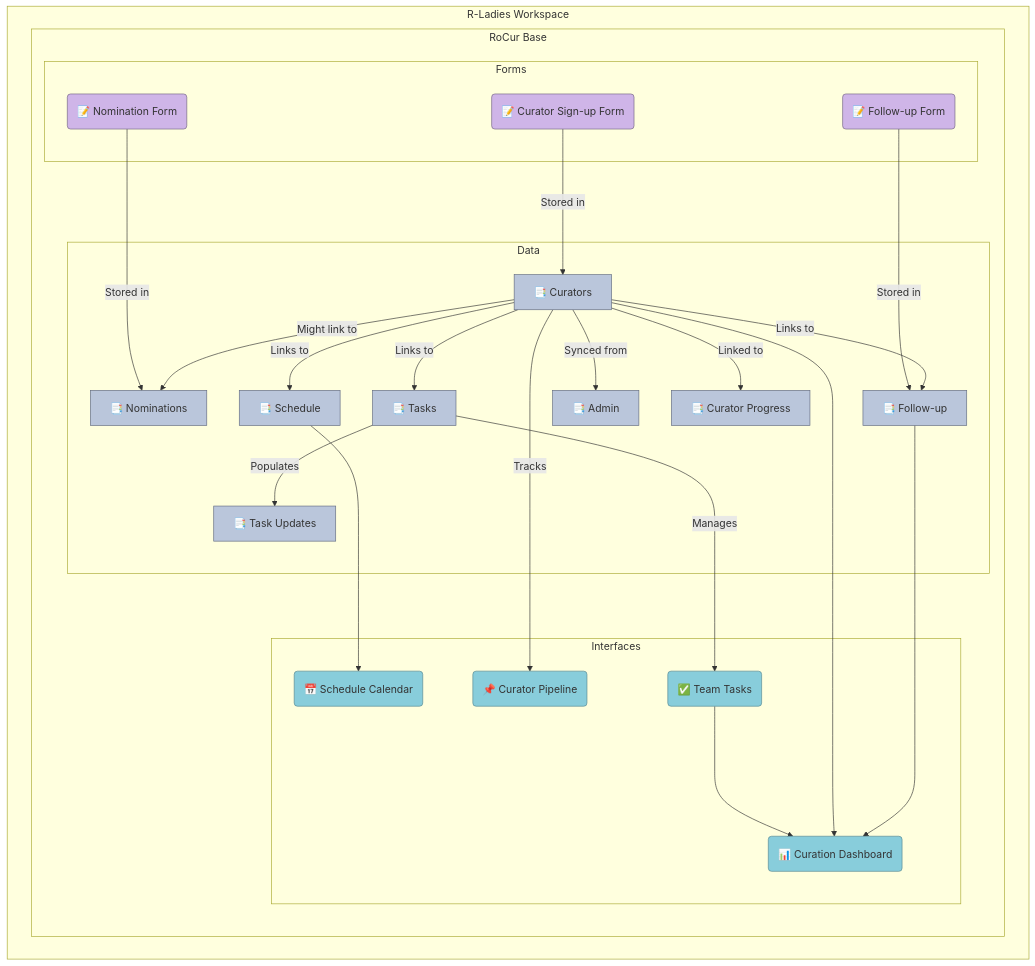
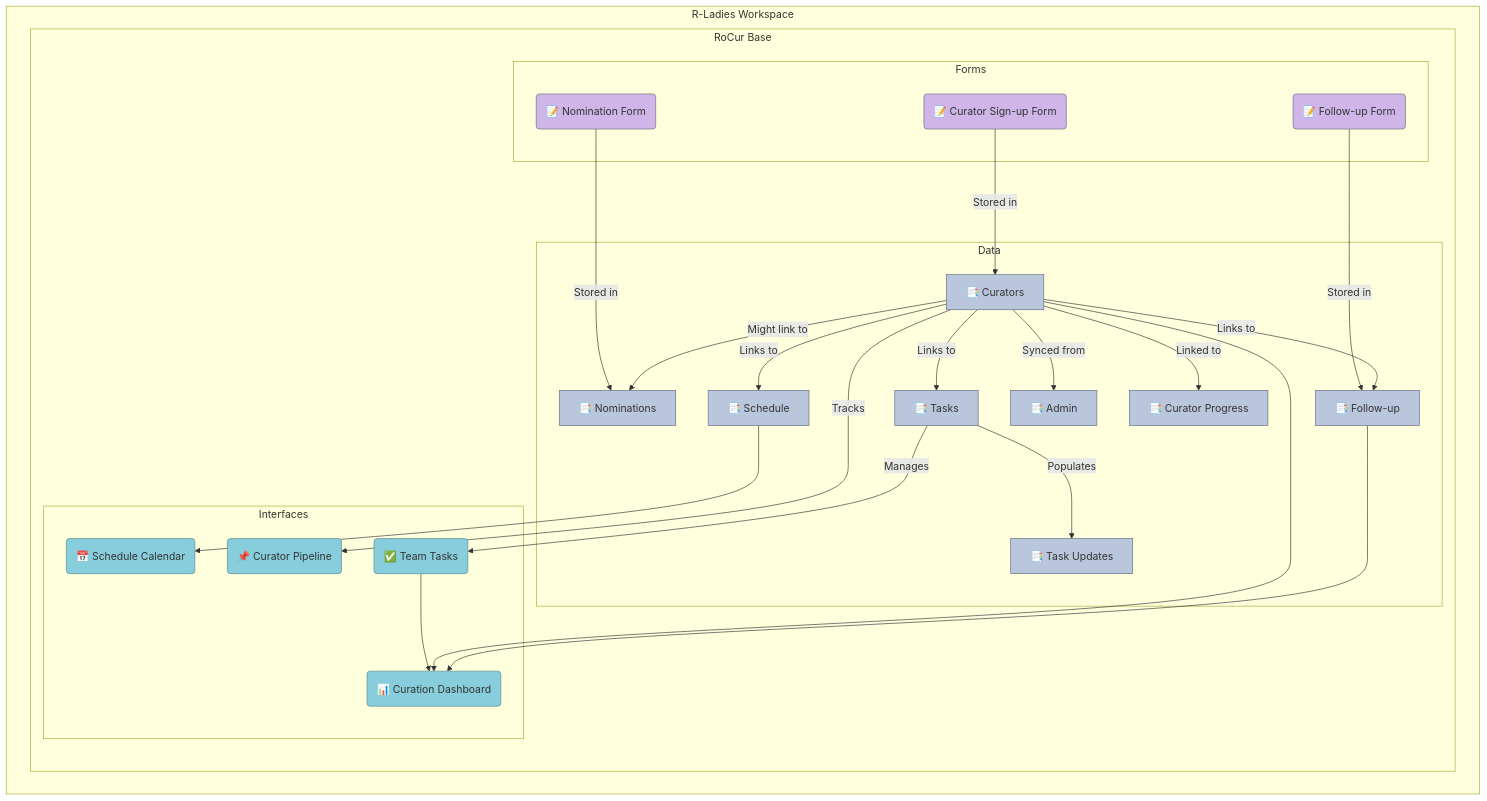
One commit to rladies/rladiesguide changed the first of 2 diagrams in content/rocur/admin guide/airtable/index.en.md. Above: the diagram before and after it, drawn with Mermaid.

Commit message:
fix for older mermaid

```diff
--- a/content/rocur/admin guide/airtable/index.en.md
+++ b/content/rocur/admin guide/airtable/index.en.md
@@ -10,74 +10,74 @@
 {{<mermaid  align="left">}}
 
 graph TD;
 
 subgraph R-Ladies Workspace
 
 subgraph RoCur Base
 
       subgraph Data
         NominationsTable["📑 Nominations"]
         CuratorsTable["📑 Curators"]
         ScheduleTable["📑 Schedule"]
         FollowUpTable["📑 Follow-up"]
         TasksTable["📑 Tasks"]
         AdminTable["📑 Admin"]
         TaskUpdatesTable["📑 Task Updates"]
         CuratorProgressTable["📑 Curator Progress"]
       end
 
       subgraph Forms
         NominationForm("📝 Nomination Form")
         SignupForm("📝 Curator Sign-up Form")
         FollowUpForm("📝 Follow-up Form")
       end
 
       subgraph Interfaces
         Dashboard("📊 Curation Dashboard")
         Calendar("📅 Schedule Calendar")
         Pipeline("📌 Curator Pipeline")
         TeamTasks("✅ Team Tasks")
       end
 
 end
 end
 
 %% Connections
 NominationForm -->|Stored in| NominationsTable
 SignupForm -->|Stored in| CuratorsTable
 FollowUpForm -->|Stored in| FollowUpTable
 CuratorsTable -->|Links to| ScheduleTable
 CuratorsTable -->|Links to| FollowUpTable
 CuratorsTable -->|Links to| TasksTable
 CuratorsTable -->|Might link to| NominationsTable
 
-ScheduleTable ---> Calendar
-CuratorsTable --->|Tracks| Pipeline
-TasksTable --->|Manages| TeamTasks
-TeamTasks ---> Dashboard
-CuratorsTable ---> Dashboard
-FollowUpTable ---> Dashboard
+ScheduleTable --> Calendar
+CuratorsTable -->|Tracks| Pipeline
+TasksTable -->|Manages| TeamTasks
+TeamTasks --> Dashboard
+CuratorsTable --> Dashboard
+FollowUpTable --> Dashboard
 
 CuratorsTable -->|Synced from| AdminTable
 TasksTable -->|Populates| TaskUpdatesTable
 CuratorsTable -->|Linked to| CuratorProgressTable
 
 style NominationsTable fill:#a9b8dbcc,stroke:#616a80;
 style CuratorsTable fill:#a9b8dbcc,stroke:#616a80;
 style ScheduleTable fill:#a9b8dbcc,stroke:#616a80;
 style FollowUpTable fill:#a9b8dbcc,stroke:#616a80;
 style TasksTable fill:#a9b8dbcc,stroke:#616a80;
 style AdminTable fill:#a9b8dbcc,stroke:#616a80;
 style TaskUpdatesTable fill:#a9b8dbcc,stroke:#616a80;
 style CuratorProgressTable fill:#a9b8dbcc,stroke:#616a80;
 
 style NominationForm fill:#cfb5e8,stroke:#736382;
 style SignupForm fill:#cfb5e8,stroke:#736382;
 style FollowUpForm fill:#cfb5e8,stroke:#736382;
 
 style Dashboard fill:#88cddb,stroke:#578891;
 style Calendar fill:#88cddb,stroke:#578891;
 style Pipeline fill:#88cddb,stroke:#578891;
 style TeamTasks fill:#88cddb,stroke:#578891;
 
 {{< /mermaid >}}
```
